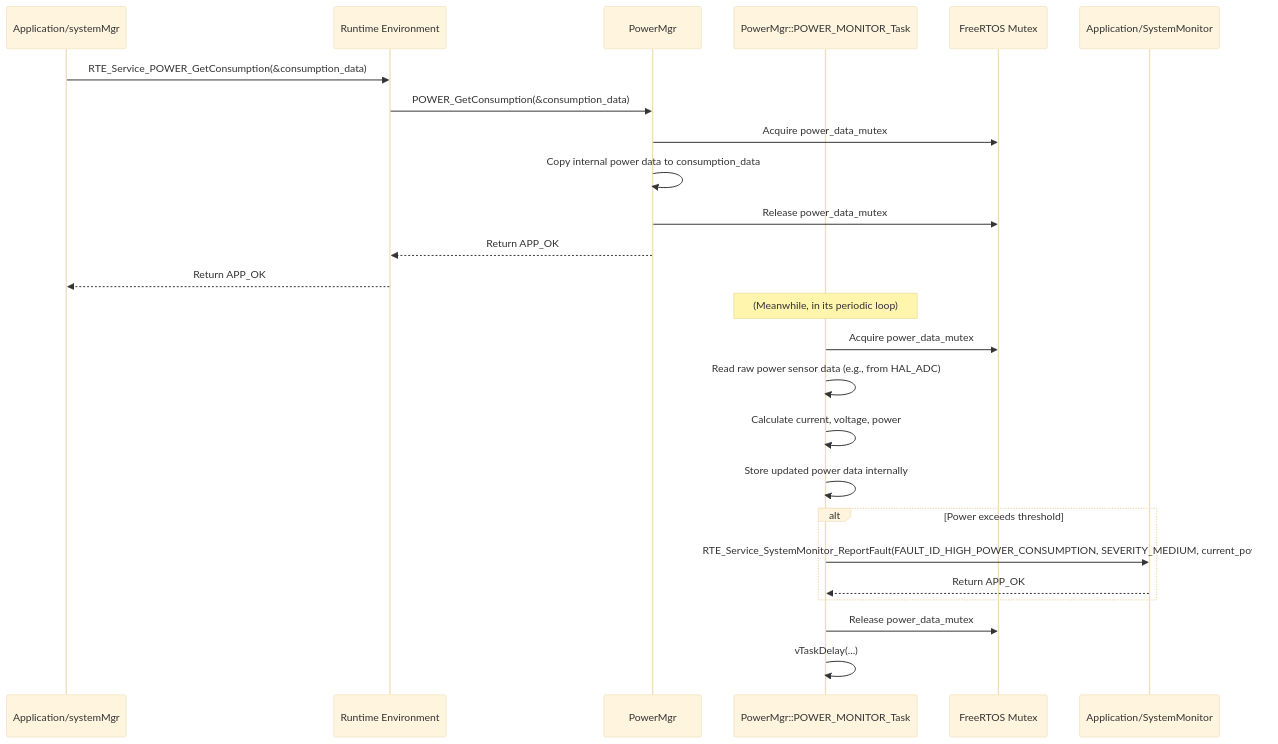
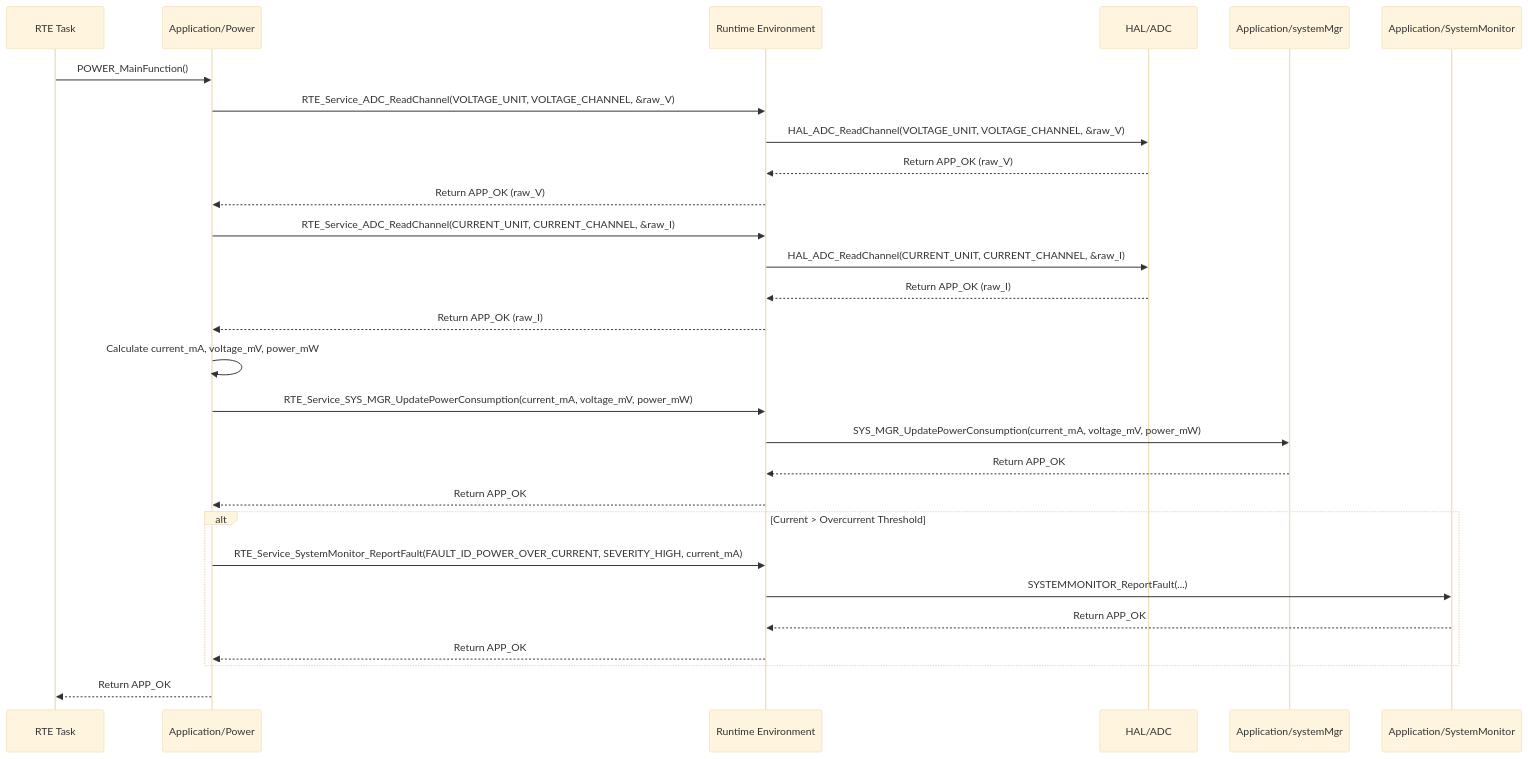
The diagram in Requiremets/Design/Application/PowerMgr.md (ashaker-2/Platform), drawn with Mermaid (base theme) before and after one commit. The commit also changed other lines of this file and 26 other files, not shown here.

````diff
--- a/Requiremets/Design/Application/PowerMgr.md
+++ b/Requiremets/Design/Application/PowerMgr.md
@@ -156,29 +205,34 @@
 ```mermaid
 sequenceDiagram  
+    participant RTE_MainLoopTask as RTE Task  
+    participant Power as Application/Power  
+    participant RTE as Runtime Environment  
+    participant HAL_ADC as HAL/ADC  
     participant SystemMgr as Application/systemMgr  
-    participant RTE as Runtime Environment  
-    participant Power as PowerMgr  
-    participant PowerMonitorTask as PowerMgr::POWER_MONITOR_Task  
-    participant PowerDataMutex as FreeRTOS Mutex  
     participant SystemMonitor as Application/SystemMonitor
 
-    SystemMgr->>RTE: RTE_Service_POWER_GetConsumption(&consumption_data)  
-    RTE->>Power: POWER_GetConsumption(&consumption_data)  
-    Power->>PowerDataMutex: Acquire power_data_mutex  
-    Power->>Power: Copy internal power data to consumption_data  
-    Power->>PowerDataMutex: Release power_data_mutex  
-    Power-->>RTE: Return APP_OK  
-    RTE-->>SystemMgr: Return APP_OK
+    RTE_MainLoopTask->>Power: POWER_MainFunction()  
+    Power->>RTE: RTE_Service_ADC_ReadChannel(VOLTAGE_UNIT, VOLTAGE_CHANNEL, &raw_V)  
+    RTE->>HAL_ADC: HAL_ADC_ReadChannel(VOLTAGE_UNIT, VOLTAGE_CHANNEL, &raw_V)  
+    HAL_ADC-->>RTE: Return APP_OK (raw_V)  
+    RTE-->>Power: Return APP_OK (raw_V)
 
-    Note over PowerMonitorTask: (Meanwhile, in its periodic loop)  
-    PowerMonitorTask->>PowerDataMutex: Acquire power_data_mutex  
-    PowerMonitorTask->>PowerMonitorTask: Read raw power sensor data (e.g., from HAL_ADC)  
-    PowerMonitorTask->>PowerMonitorTask: Calculate current, voltage, power  
-    PowerMonitorTask->>PowerMonitorTask: Store updated power data internally  
-    alt Power exceeds threshold  
-        PowerMonitorTask->>SystemMonitor: RTE_Service_SystemMonitor_ReportFault(FAULT_ID_HIGH_POWER_CONSUMPTION, SEVERITY_MEDIUM, current_power)  
-        SystemMonitor-->>PowerMonitorTask: Return APP_OK  
+    Power->>RTE: RTE_Service_ADC_ReadChannel(CURRENT_UNIT, CURRENT_CHANNEL, &raw_I)  
+    RTE->>HAL_ADC: HAL_ADC_ReadChannel(CURRENT_UNIT, CURRENT_CHANNEL, &raw_I)  
+    HAL_ADC-->>RTE: Return APP_OK (raw_I)  
+    RTE-->>Power: Return APP_OK (raw_I)
+
+    Power->>Power: Calculate current_mA, voltage_mV, power_mW  
+    Power->>RTE: RTE_Service_SYS_MGR_UpdatePowerConsumption(current_mA, voltage_mV, power_mW)  
+    RTE->>SystemMgr: SYS_MGR_UpdatePowerConsumption(current_mA, voltage_mV, power_mW)  
+    SystemMgr-->>RTE: Return APP_OK  
+    RTE-->>Power: Return APP_OK
+
+    alt Current > Overcurrent Threshold  
+        Power->>RTE: RTE_Service_SystemMonitor_ReportFault(FAULT_ID_POWER_OVER_CURRENT, SEVERITY_HIGH, current_mA)  
+        RTE->>SystemMonitor: SYSTEMMONITOR_ReportFault(...)  
+        SystemMonitor-->>RTE: Return APP_OK  
+        RTE-->>Power: Return APP_OK  
     end  
-    PowerMonitorTask->>PowerDataMutex: Release power_data_mutex  
-    PowerMonitorTask->>PowerMonitorTask: vTaskDelay(...)
+    Power-->>RTE_MainLoopTask: Return APP_OK
 ```
````
